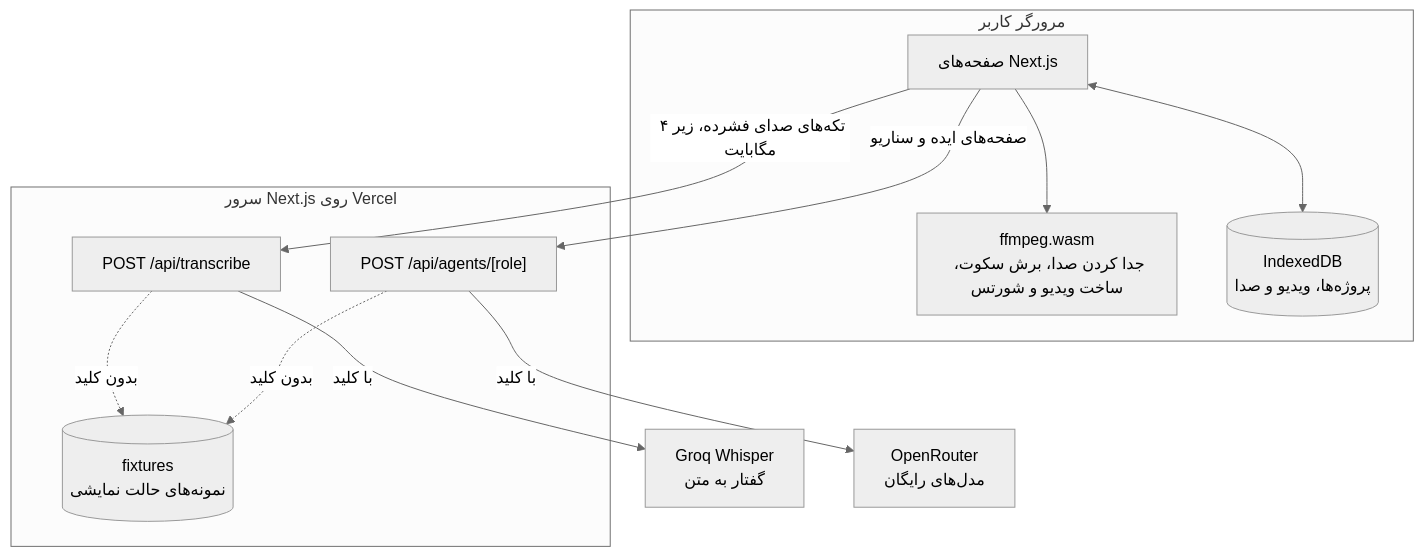
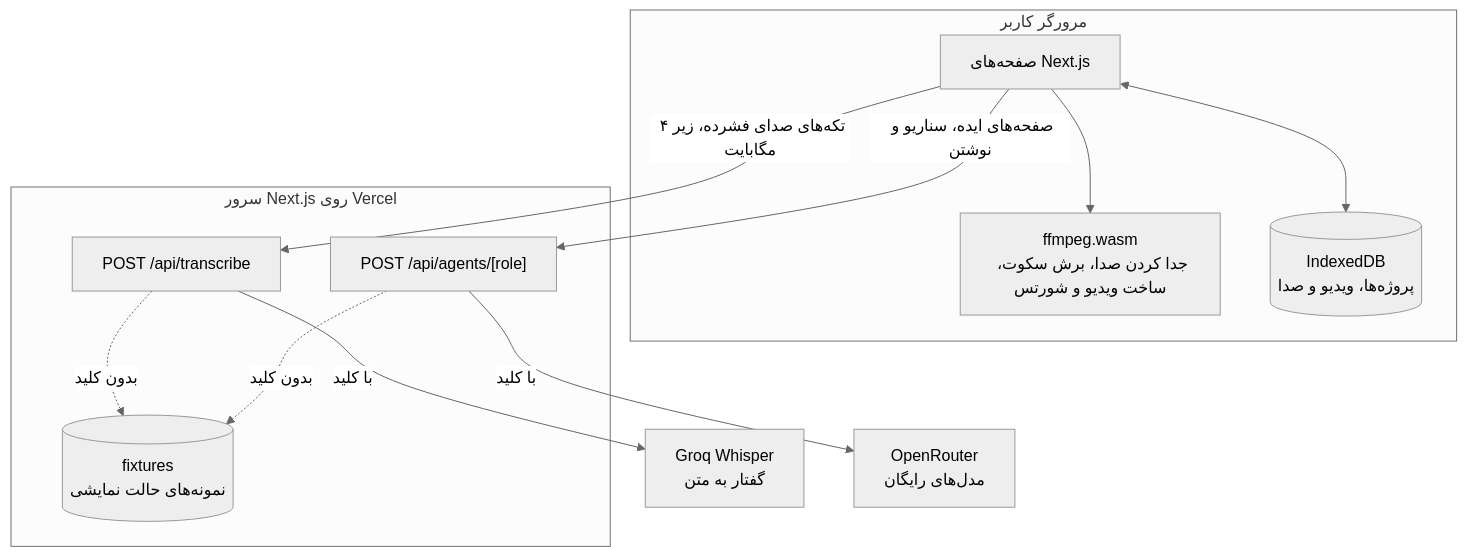
One commit to elenaabbasabadi85-hash/IRAN-STUDIO changed the diagram in README.md. Above: the diagram before and after it, drawn with Mermaid (neutral theme). The commit also changed other lines of this file and 4 other files, not shown here.

````diff
--- a/README.md
+++ b/README.md
@@ -53,23 +54,23 @@
 ```mermaid
 flowchart TB
   subgraph browser["مرورگر کاربر"]
     pages["صفحه‌های Next.js"]
     ffmpeg["ffmpeg.wasm<br/>جدا کردن صدا، برش سکوت، ساخت ویدیو و شورتس"]
     idb[("IndexedDB<br/>پروژه‌ها، ویدیو و صدا")]
   end
   subgraph server["سرور Next.js روی Vercel"]
     transcribe["POST /api/transcribe"]
     agents["POST /api/agents/[role]"]
     fixtures[("fixtures<br/>نمونه‌های حالت نمایشی")]
   end
   groq["Groq Whisper<br/>گفتار به متن"]
   openrouter["OpenRouter<br/>مدل‌های رایگان"]
   pages --> ffmpeg
   pages <--> idb
   pages -- "تکه‌های صدای فشرده، زیر ۴ مگابایت" --> transcribe
-  pages -- "صفحه‌های ایده و سناریو" --> agents
+  pages -- "صفحه‌های ایده، سناریو و نوشتن" --> agents
   transcribe -- "با کلید" --> groq
   agents -- "با کلید" --> openrouter
   transcribe -. "بدون کلید" .-> fixtures
   agents -. "بدون کلید" .-> fixtures
 ```
````
